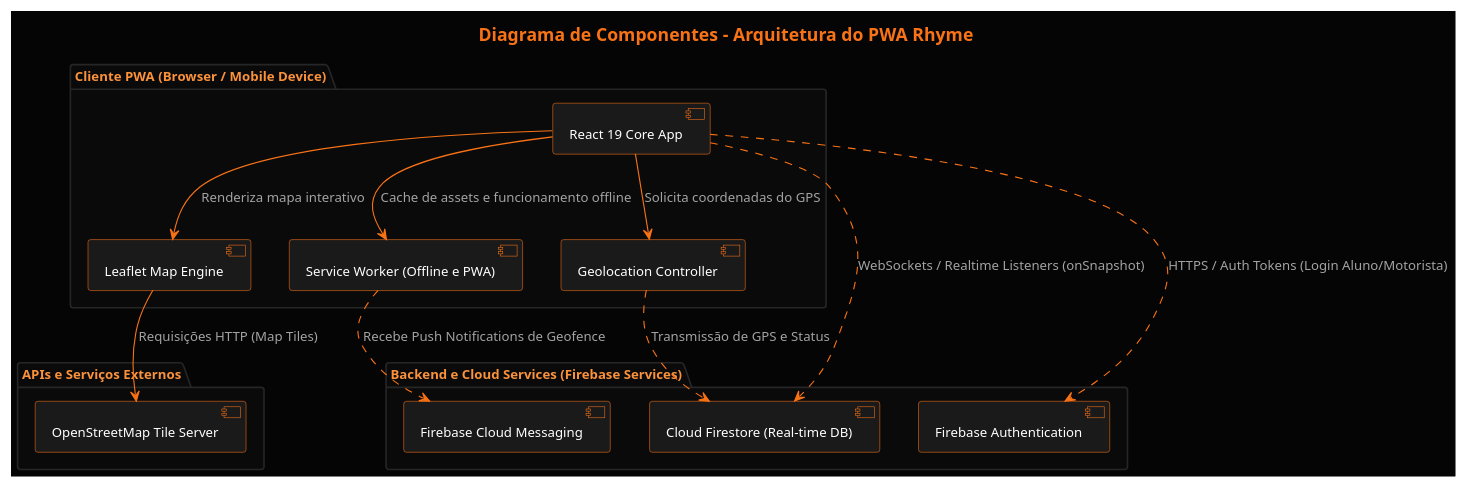
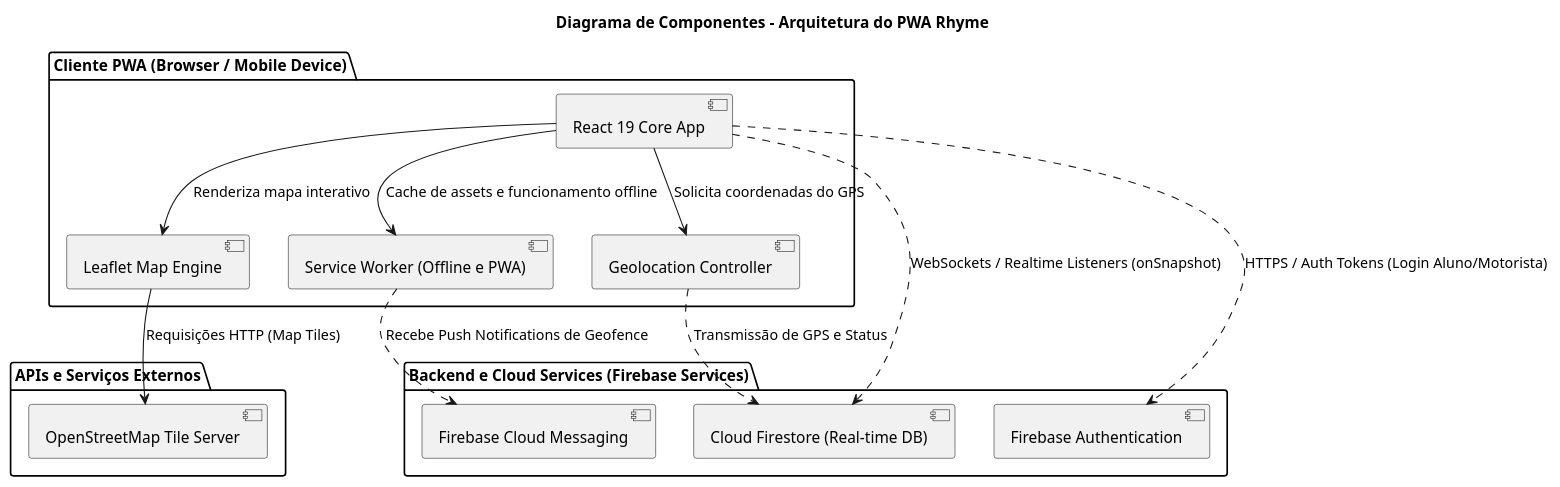
Before and after one commit to Luis-Henrique-ufg/Manual-de-Processos: the diagram in diagramas/componentes-arquitetura.puml, drawn with PlantUML. The commit also changed 14 other files, not shown here.

```diff
--- a/diagramas/componentes-arquitetura.puml
+++ b/diagramas/componentes-arquitetura.puml
@@ -1,53 +1,32 @@
 @startuml Diagrama_Componentes_Rhyme
-skinparam backgroundColor #050505
-skinparam defaultFontName "Segoe UI", Arial, sans-serif
-skinparam defaultFontSize 12
-skinparam defaultFontColor #FFFFFF
-skinparam TitleFontColor #F97316
-skinparam TitleFontSize 16
-
-skinparam componentStyle uml2
-skinparam ComponentBackgroundColor #1A1A1A
-skinparam ComponentBorderColor #F97316
-skinparam ComponentFontColor #FFFFFF
-
-skinparam InterfaceBackgroundColor #FB923C
-skinparam InterfaceBorderColor #F97316
-
-skinparam PackageBackgroundColor #0A0A0A
-skinparam PackageBorderColor #262626
-skinparam PackageFontColor #FB923C
-
-skinparam ArrowColor #F97316
-skinparam ArrowFontColor #A3A3A3
 
 title Diagrama de Componentes - Arquitetura do PWA Rhyme
 
 package "Cliente PWA (Browser / Mobile Device)" {
     [React 19 Core App] as UI
     [Leaflet Map Engine] as Leaflet
     [Geolocation Controller] as GeoCtrl
     [Service Worker (Offline e PWA)] as SW
     
     UI --> Leaflet : Renderiza mapa interativo
     UI --> GeoCtrl : Solicita coordenadas do GPS
     UI --> SW : Cache de assets e funcionamento offline
 }
 
 package "APIs e Serviços Externos" {
     [OpenStreetMap Tile Server] as OSM
     Leaflet --> OSM : Requisições HTTP (Map Tiles)
 }
 
 package "Backend e Cloud Services (Firebase Services)" {
     [Firebase Authentication] as Auth
     [Cloud Firestore (Real-time DB)] as Firestore
     [Firebase Cloud Messaging] as FCM
 }
 
 UI ..> Auth : HTTPS / Auth Tokens (Login Aluno/Motorista)
 UI ..> Firestore : WebSockets / Realtime Listeners (onSnapshot)
 GeoCtrl ..> Firestore : Transmissão de GPS e Status
 SW ..> FCM : Recebe Push Notifications de Geofence
 
 @enduml
```
